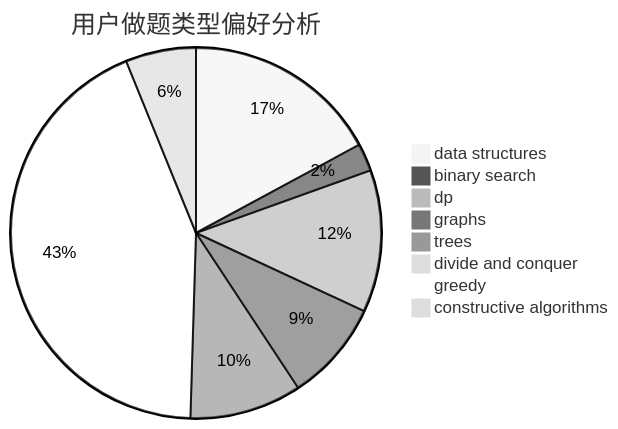
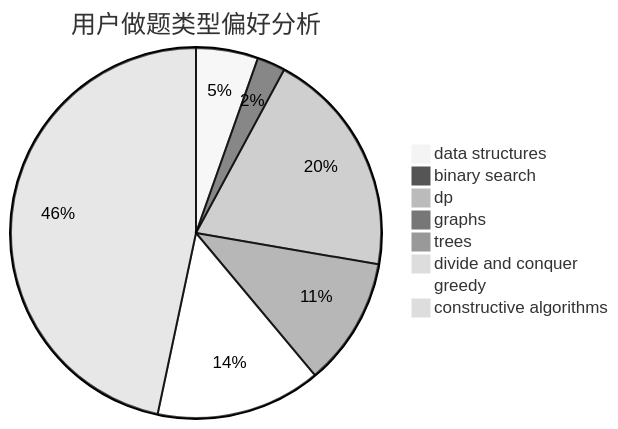
One commit to sherpahu/cfrs.github.io changed the second of 3 diagrams in docs/user/u1232.md. Above: the diagram before and after it, drawn with Mermaid (neutral theme). The commit also changed other lines of this file and 2770 other files, not shown here.

````diff
--- a/docs/user/u1232.md
+++ b/docs/user/u1232.md
@@ -23,11 +23,11 @@
 ```mermaid
 pie title 用户做题类型偏好分析
-    "data structures" :  142
+    "data structures" :  44
     "binary search" :  20
-    "dp" :  103
-    "graphs" :  73
-    "trees" :  81
-    "divide and conquer" :  8
-    "greedy" :  360
-    "constructive algorithms" :  51
+    "dp" :  161
+    "graphs" :  5
+    "trees" :  91
+    "divide and conquer" :  1
+    "greedy" :  117
+    "constructive algorithms" :  379
 ```
````
